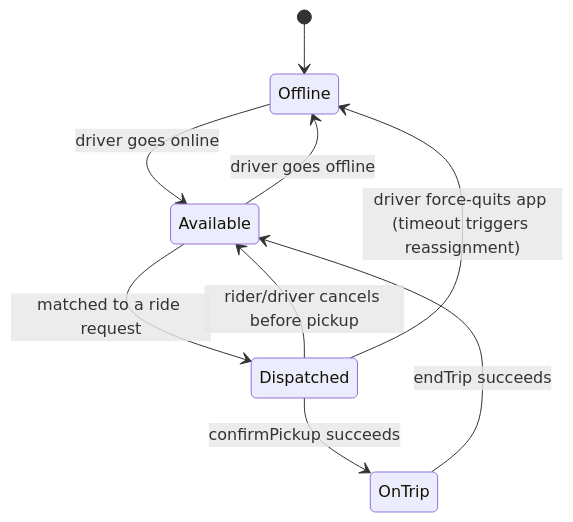
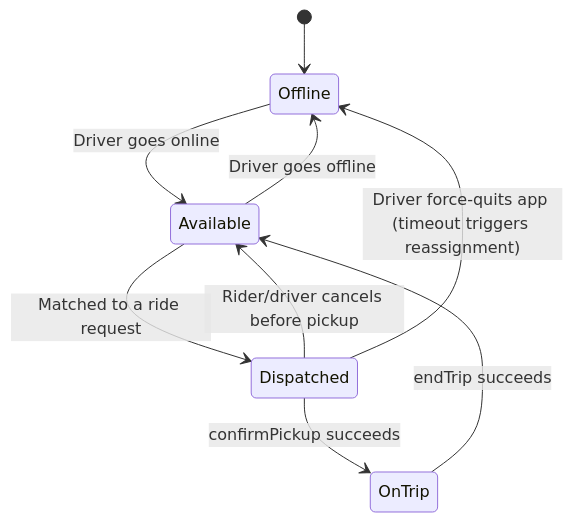
Before and after one commit to riyaz-pasha/Learnings: diagram 22 of 25 in system-design/HLD/0-course/30-Design Uber-FAANG-Guide.md, drawn with Mermaid. The commit also changed other lines of this file and 1 other file, not shown here.

First line of the commit message:
[REWRITE] Design Uber guides: simplify prose, add structure, fix dark-theme diagrams

````diff
--- a/system-design/HLD/0-course/30-Design Uber-FAANG-Guide.md
+++ b/system-design/HLD/0-course/30-Design Uber-FAANG-Guide.md
@@ -977,11 +1068,11 @@
 ```mermaid
 stateDiagram-v2
     [*] --> Offline
-    Offline --> Available: driver goes online
-    Available --> Dispatched: matched to a ride request
-    Dispatched --> Available: rider/driver cancels before pickup
+    Offline --> Available: Driver goes online
+    Available --> Dispatched: Matched to a ride request
+    Dispatched --> Available: Rider/driver cancels before pickup
     Dispatched --> OnTrip: confirmPickup succeeds
     OnTrip --> Available: endTrip succeeds
-    Available --> Offline: driver goes offline
-    Dispatched --> Offline: driver force-quits app (timeout triggers reassignment)
+    Available --> Offline: Driver goes offline
+    Dispatched --> Offline: Driver force-quits app (timeout triggers reassignment)
 ```
````
